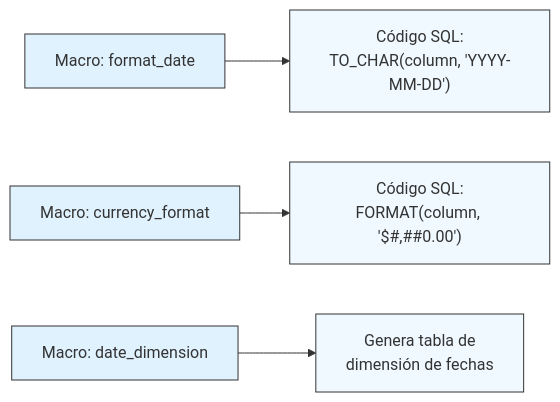
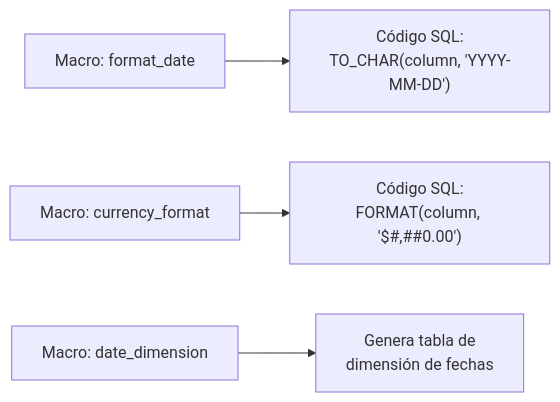
The sixth of 8 diagrams in README.md (rafarngt/dbt-duckdb-analytics-kit), drawn with Mermaid before and after one commit. The commit also changed other lines of this file, not shown here.

````diff
--- a/README.md
+++ b/README.md
@@ -388,13 +375,7 @@
 ```mermaid
 flowchart LR
     A[Macro: format_date] --> B["Código SQL:<br>TO_CHAR(column, 'YYYY-MM-DD')"]
     C[Macro: currency_format] --> D["Código SQL:<br>FORMAT(column, '$#,##0.00')"]
     E[Macro: date_dimension] --> F["Genera tabla de<br>dimensión de fechas"]
-    
-    style A fill:#e0f2fe,stroke:#333,stroke-width:1px
-    style B fill:#f0f9ff,stroke:#333,stroke-width:1px
-    style C fill:#e0f2fe,stroke:#333,stroke-width:1px
-    style D fill:#f0f9ff,stroke:#333,stroke-width:1px
-    style E fill:#e0f2fe,stroke:#333,stroke-width:1px
-    style F fill:#f0f9ff,stroke:#333,stroke-width:1px
+
 ```
````
